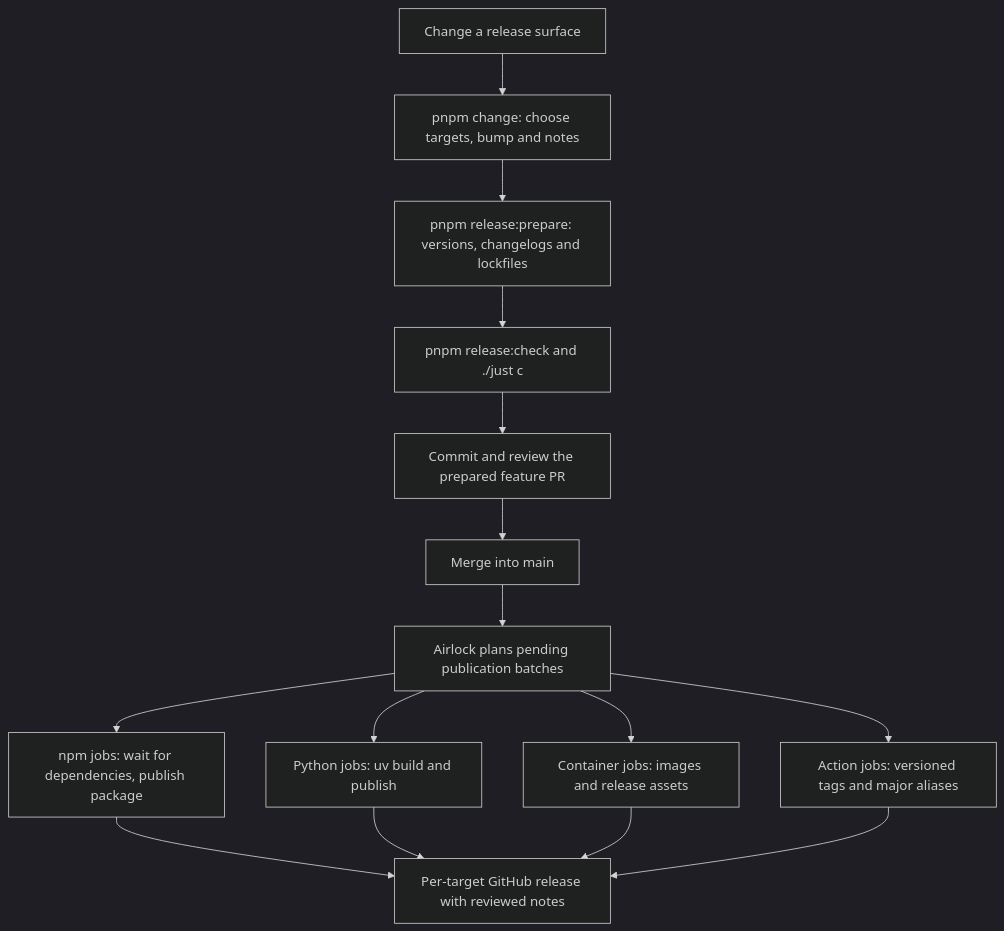
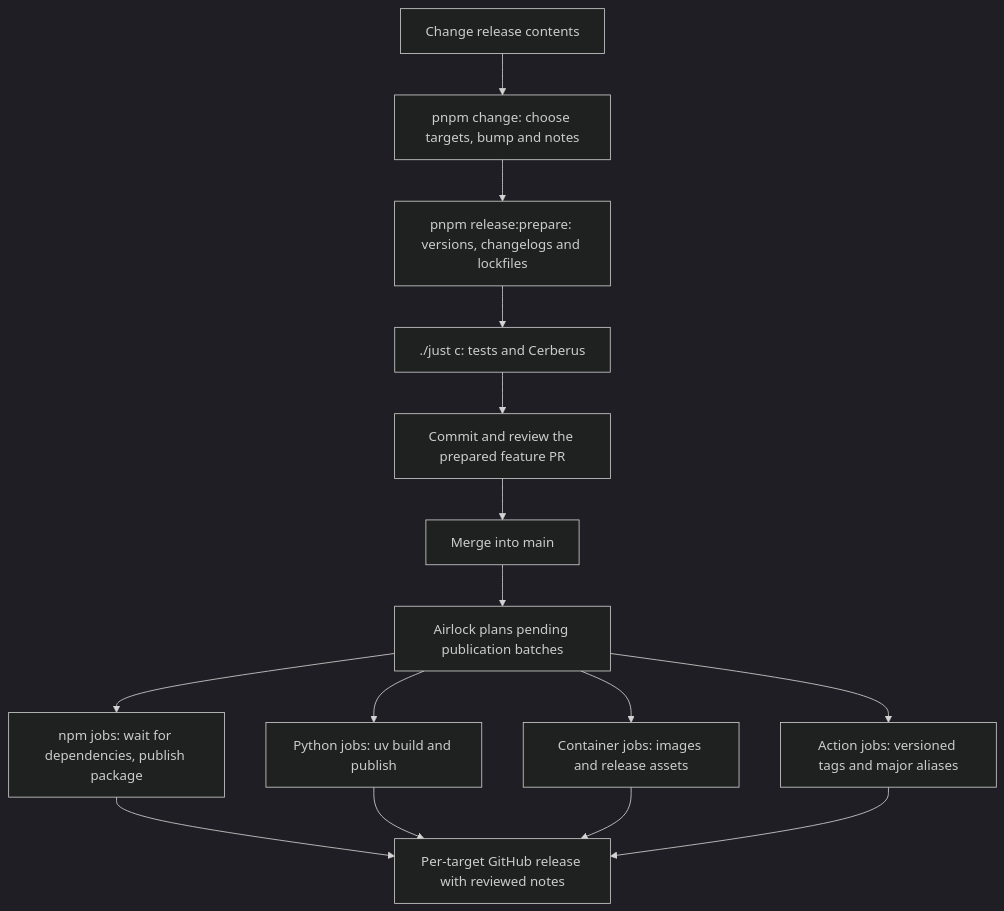
Before and after one commit to zyplux/zyplux: the diagram in apps/airlock/README.md, drawn with Mermaid (dark theme). The commit also changed other lines of this file and 180 other files, not shown here.

````diff
--- a/apps/airlock/README.md
+++ b/apps/airlock/README.md
@@ -7,17 +7,17 @@
 ```mermaid
 flowchart TD
-    Change["Change a release surface"] --> Intent["pnpm change: choose targets, bump and notes"]
+    Change["Change release contents"] --> Intent["pnpm change: choose targets, bump and notes"]
     Intent --> Prepare["pnpm release:prepare: versions, changelogs and lockfiles"]
-    Prepare --> Check["pnpm release:check and ./just c"]
+    Prepare --> Check["./just c: tests and Cerberus"]
     Check --> Review["Commit and review the prepared feature PR"]
     Review --> Merge["Merge into main"]
     Merge --> Plan["Airlock plans pending publication batches"]
     Plan --> Npm["npm jobs: wait for dependencies, publish package"]
     Plan --> Python["Python jobs: uv build and publish"]
     Plan --> Container["Container jobs: images and release assets"]
     Plan --> Action["Action jobs: versioned tags and major aliases"]
     Npm --> Github["Per-target GitHub release with reviewed notes"]
     Python --> Github
     Container --> Github
     Action --> Github
 ```
````
